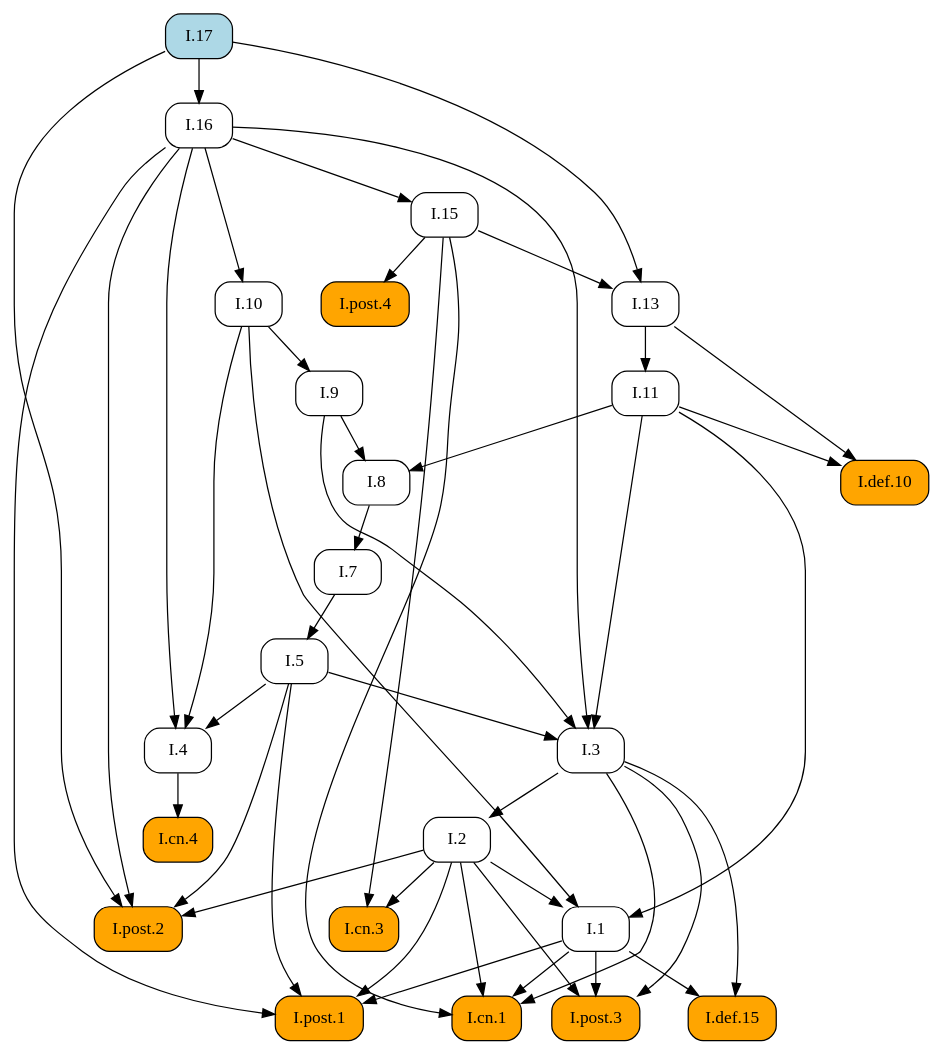
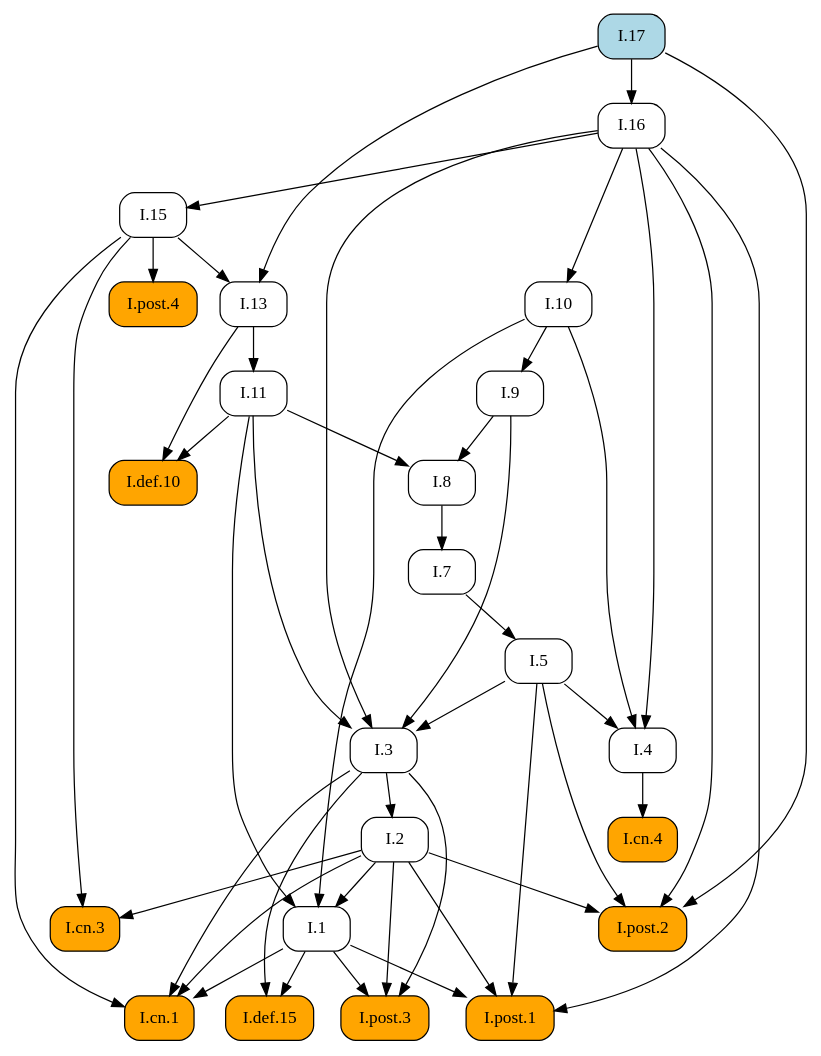
The diagram in docsrc/heath/I/17/index.rst (geometor/elements), drawn with Graphviz before and after one commit. The commit also changed other lines of this file and 484 other files, not shown here.

```diff
--- a/docsrc/heath/I/17/index.rst
+++ b/docsrc/heath/I/17/index.rst
@@ -53,74 +53,74 @@
 .. graphviz::
 
    digraph {
      rankdir="TB";
      node [shape=box, style=rounded];
+     "I.9" [URL="/heath/I/9/", target="_top"];
+     "I.cn.1" [style="rounded,filled", fillcolor=orange, URL="/heath/I/cn.1/", target="_top"];
+     "I.7" [URL="/heath/I/7/", target="_top"];
+     "I.2" [URL="/heath/I/2/", target="_top"];
+     "I.def.15" [style="rounded,filled", fillcolor=orange, URL="/heath/I/def.15/", target="_top"];
+     "I.13" [URL="/heath/I/13/", target="_top"];
+     "I.post.4" [style="rounded,filled", fillcolor=orange, URL="/heath/I/post.4/", target="_top"];
+     "I.4" [URL="/heath/I/4/", target="_top"];
+     "I.1" [URL="/heath/I/1/", target="_top"];
+     "I.post.3" [style="rounded,filled", fillcolor=orange, URL="/heath/I/post.3/", target="_top"];
+     "I.post.1" [style="rounded,filled", fillcolor=orange, URL="/heath/I/post.1/", target="_top"];
+     "I.5" [URL="/heath/I/5/", target="_top"];
+     "I.8" [URL="/heath/I/8/", target="_top"];
+     "I.17" [style="rounded,filled", fillcolor=lightblue, URL="/heath/I/17/", target="_top"];
+     "I.cn.3" [style="rounded,filled", fillcolor=orange, URL="/heath/I/cn.3/", target="_top"];
+     "I.16" [URL="/heath/I/16/", target="_top"];
      "I.def.10" [style="rounded,filled", fillcolor=orange, URL="/heath/I/def.10/", target="_top"];
+     "I.15" [URL="/heath/I/15/", target="_top"];
+     "I.10" [URL="/heath/I/10/", target="_top"];
      "I.11" [URL="/heath/I/11/", target="_top"];
-     "I.post.4" [style="rounded,filled", fillcolor=orange, URL="/heath/I/post.4/", target="_top"];
-     "I.1" [URL="/heath/I/1/", target="_top"];
-     "I.7" [URL="/heath/I/7/", target="_top"];
+     "I.cn.4" [style="rounded,filled", fillcolor=orange, URL="/heath/I/cn.4/", target="_top"];
+     "I.post.2" [style="rounded,filled", fillcolor=orange, URL="/heath/I/post.2/", target="_top"];
      "I.3" [URL="/heath/I/3/", target="_top"];
-     "I.2" [URL="/heath/I/2/", target="_top"];
-     "I.4" [URL="/heath/I/4/", target="_top"];
-     "I.13" [URL="/heath/I/13/", target="_top"];
-     "I.17" [style="rounded,filled", fillcolor=lightblue, URL="/heath/I/17/", target="_top"];
-     "I.post.2" [style="rounded,filled", fillcolor=orange, URL="/heath/I/post.2/", target="_top"];
-     "I.16" [URL="/heath/I/16/", target="_top"];
-     "I.def.15" [style="rounded,filled", fillcolor=orange, URL="/heath/I/def.15/", target="_top"];
-     "I.9" [URL="/heath/I/9/", target="_top"];
-     "I.post.3" [style="rounded,filled", fillcolor=orange, URL="/heath/I/post.3/", target="_top"];
-     "I.cn.1" [style="rounded,filled", fillcolor=orange, URL="/heath/I/cn.1/", target="_top"];
-     "I.cn.3" [style="rounded,filled", fillcolor=orange, URL="/heath/I/cn.3/", target="_top"];
-     "I.8" [URL="/heath/I/8/", target="_top"];
-     "I.cn.4" [style="rounded,filled", fillcolor=orange, URL="/heath/I/cn.4/", target="_top"];
-     "I.15" [URL="/heath/I/15/", target="_top"];
-     "I.post.1" [style="rounded,filled", fillcolor=orange, URL="/heath/I/post.1/", target="_top"];
-     "I.10" [URL="/heath/I/10/", target="_top"];
-     "I.5" [URL="/heath/I/5/", target="_top"];
-     "I.11" -> "I.def.10";
-     "I.13" -> "I.def.10";
-     "I.13" -> "I.11";
+     "I.10" -> "I.9";
+     "I.1" -> "I.cn.1";
+     "I.2" -> "I.cn.1";
+     "I.3" -> "I.cn.1";
+     "I.15" -> "I.cn.1";
+     "I.8" -> "I.7";
+     "I.3" -> "I.2";
+     "I.1" -> "I.def.15";
+     "I.3" -> "I.def.15";
+     "I.15" -> "I.13";
+     "I.17" -> "I.13";
      "I.15" -> "I.post.4";
+     "I.5" -> "I.4";
+     "I.10" -> "I.4";
+     "I.16" -> "I.4";
      "I.2" -> "I.1";
      "I.10" -> "I.1";
      "I.11" -> "I.1";
-     "I.8" -> "I.7";
+     "I.1" -> "I.post.3";
+     "I.2" -> "I.post.3";
+     "I.3" -> "I.post.3";
+     "I.1" -> "I.post.1";
+     "I.2" -> "I.post.1";
+     "I.5" -> "I.post.1";
+     "I.16" -> "I.post.1";
+     "I.7" -> "I.5";
+     "I.9" -> "I.8";
+     "I.11" -> "I.8";
+     "I.2" -> "I.cn.3";
+     "I.15" -> "I.cn.3";
+     "I.17" -> "I.16";
+     "I.11" -> "I.def.10";
+     "I.13" -> "I.def.10";
+     "I.16" -> "I.15";
+     "I.16" -> "I.10";
+     "I.13" -> "I.11";
+     "I.4" -> "I.cn.4";
+     "I.2" -> "I.post.2";
+     "I.5" -> "I.post.2";
+     "I.16" -> "I.post.2";
+     "I.17" -> "I.post.2";
      "I.5" -> "I.3";
      "I.9" -> "I.3";
      "I.11" -> "I.3";
      "I.16" -> "I.3";
-     "I.3" -> "I.2";
-     "I.5" -> "I.4";
-     "I.10" -> "I.4";
-     "I.16" -> "I.4";
-     "I.15" -> "I.13";
-     "I.17" -> "I.13";
-     "I.2" -> "I.post.2";
-     "I.5" -> "I.post.2";
-     "I.16" -> "I.post.2";
-     "I.17" -> "I.post.2";
-     "I.17" -> "I.16";
-     "I.1" -> "I.def.15";
-     "I.3" -> "I.def.15";
-     "I.10" -> "I.9";
-     "I.1" -> "I.post.3";
-     "I.2" -> "I.post.3";
-     "I.3" -> "I.post.3";
-     "I.1" -> "I.cn.1";
-     "I.2" -> "I.cn.1";
-     "I.3" -> "I.cn.1";
-     "I.15" -> "I.cn.1";
-     "I.2" -> "I.cn.3";
-     "I.15" -> "I.cn.3";
-     "I.9" -> "I.8";
-     "I.11" -> "I.8";
-     "I.4" -> "I.cn.4";
-     "I.16" -> "I.15";
-     "I.1" -> "I.post.1";
-     "I.2" -> "I.post.1";
-     "I.5" -> "I.post.1";
-     "I.16" -> "I.post.1";
-     "I.16" -> "I.10";
-     "I.7" -> "I.5";
    }
```
